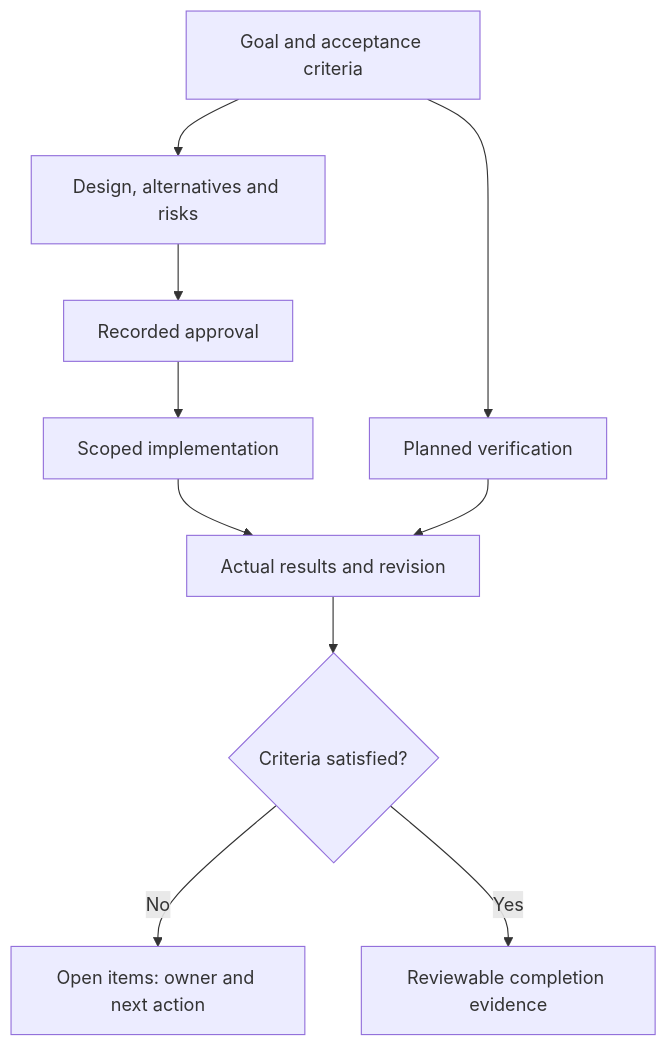
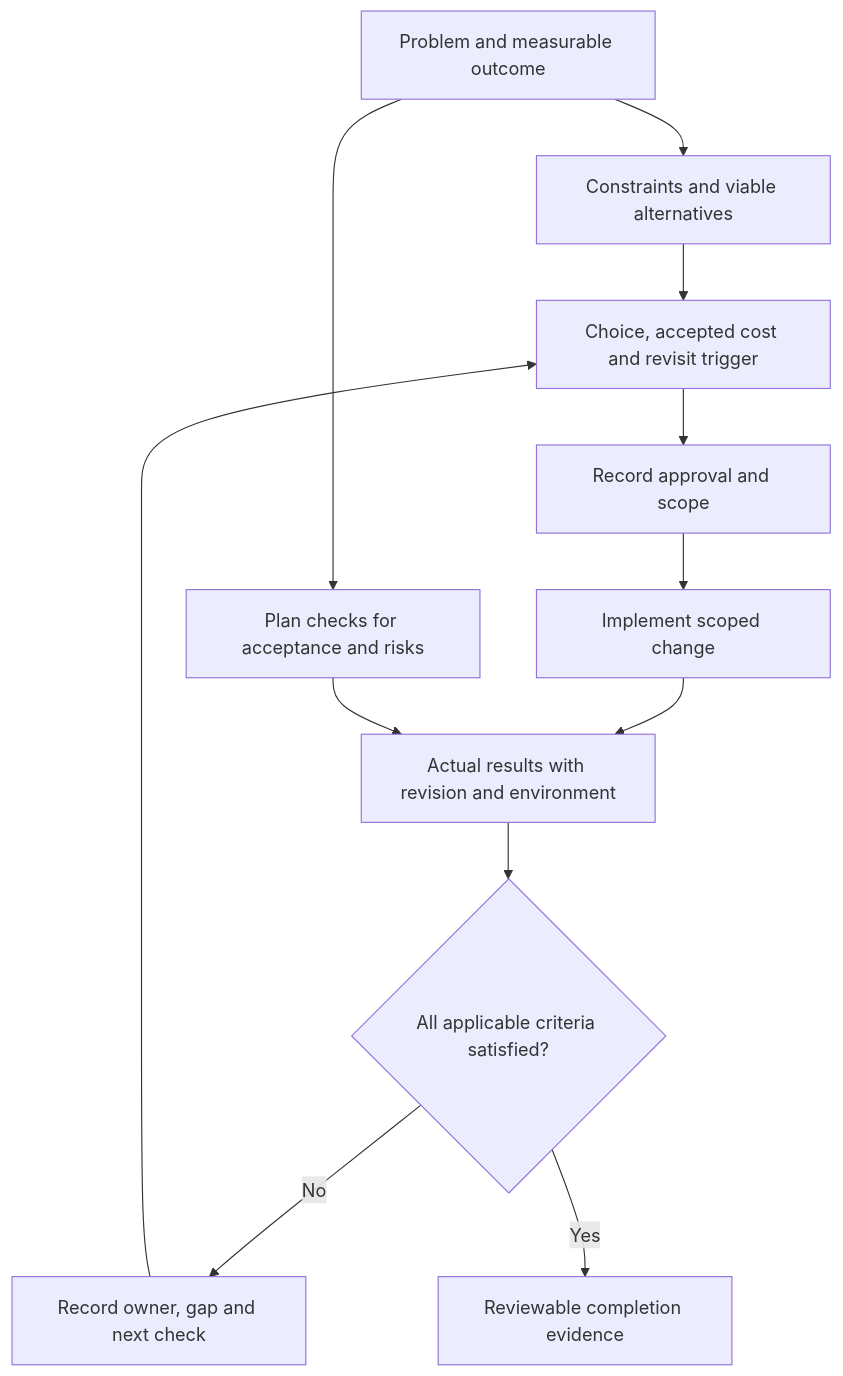
The diagram in docs/issues/TASK_REPORT_TEMPLATE.md (Soku-JINSEOK/Soku-Convention-Boilerplate), drawn with Mermaid before and after one commit. The commit also changed other lines of this file and 118 other files, not shown here.

First line of the commit message:
📚 docs(readability): explain every document and expand flow diagrams

````diff
--- a/docs/issues/TASK_REPORT_TEMPLATE.md
+++ b/docs/issues/TASK_REPORT_TEMPLATE.md
@@ -9,12 +13,14 @@
 ```mermaid
 flowchart TD
-  goal["Goal and acceptance criteria"] --> design["Design, alternatives and risks"]
-  design --> approval["Recorded approval"]
-  approval --> implementation["Scoped implementation"]
-  goal --> planned["Planned verification"]
-  implementation --> actual["Actual results and revision"]
+  problem["Problem and measurable outcome"] --> options["Constraints and viable alternatives"]
+  options --> decision["Choice, accepted cost and revisit trigger"]
+  decision --> approval["Record approval and scope"]
+  approval --> implementation["Implement scoped change"]
+  problem --> planned["Plan checks for acceptance and risks"]
+  implementation --> actual["Actual results with revision and environment"]
   planned --> actual
-  actual --> decision{"Criteria satisfied?"}
-  decision -->|"No"| openItems["Open items: owner and next action"]
-  decision -->|"Yes"| review["Reviewable completion evidence"]
+  actual --> done{"All applicable criteria satisfied?"}
+  done -->|"No"| gaps["Record owner, gap and next check"]
+  gaps --> decision
+  done -->|"Yes"| review["Reviewable completion evidence"]
 ```
````
